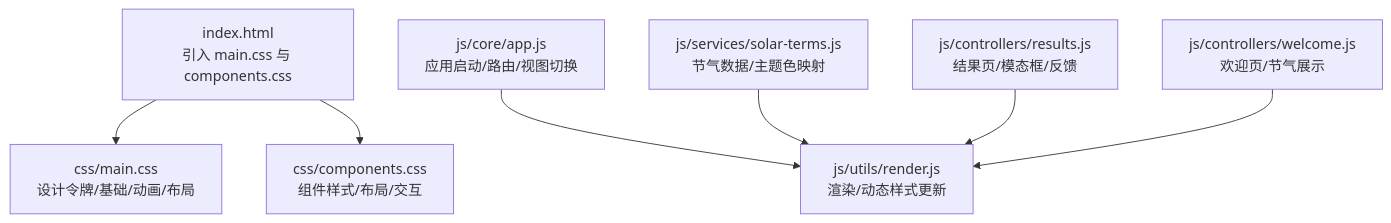
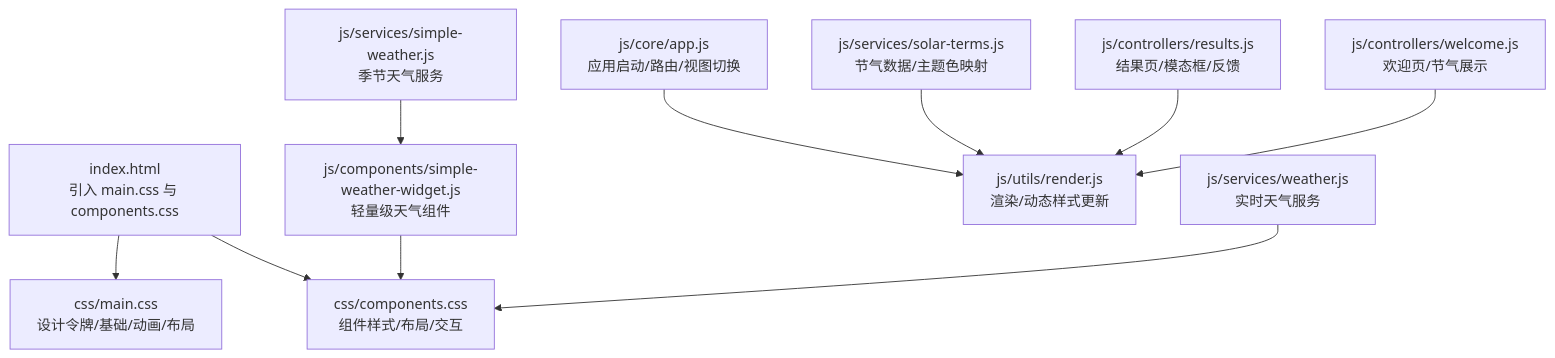
Before and after one commit to jeankeim/wuxing-fashion: the first of 3 diagrams in .qoder/repowiki/zh/content/样式系统.md, drawn with Mermaid. The commit also changed other lines of this file and 27 other files, not shown here.

````diff
--- a/.qoder/repowiki/zh/content/样式系统.md
+++ b/.qoder/repowiki/zh/content/样式系统.md
@@ -41,9 +47,12 @@
 ```mermaid
 graph TB
 A["index.html<br/>引入 main.css 与 components.css"] --> B["css/main.css<br/>设计令牌/基础/动画/布局"]
 A --> C["css/components.css<br/>组件样式/布局/交互"]
 D["js/core/app.js<br/>应用启动/路由/视图切换"] --> E["js/utils/render.js<br/>渲染/动态样式更新"]
 F["js/services/solar-terms.js<br/>节气数据/主题色映射"] --> E
 G["js/controllers/results.js<br/>结果页/模态框/反馈"] --> E
 H["js/controllers/welcome.js<br/>欢迎页/节气展示"] --> E
+I["js/components/simple-weather-widget.js<br/>轻量级天气组件"] --> C
+J["js/services/simple-weather.js<br/>季节天气服务"] --> I
+K["js/services/weather.js<br/>实时天气服务"] --> C
 ```
````
